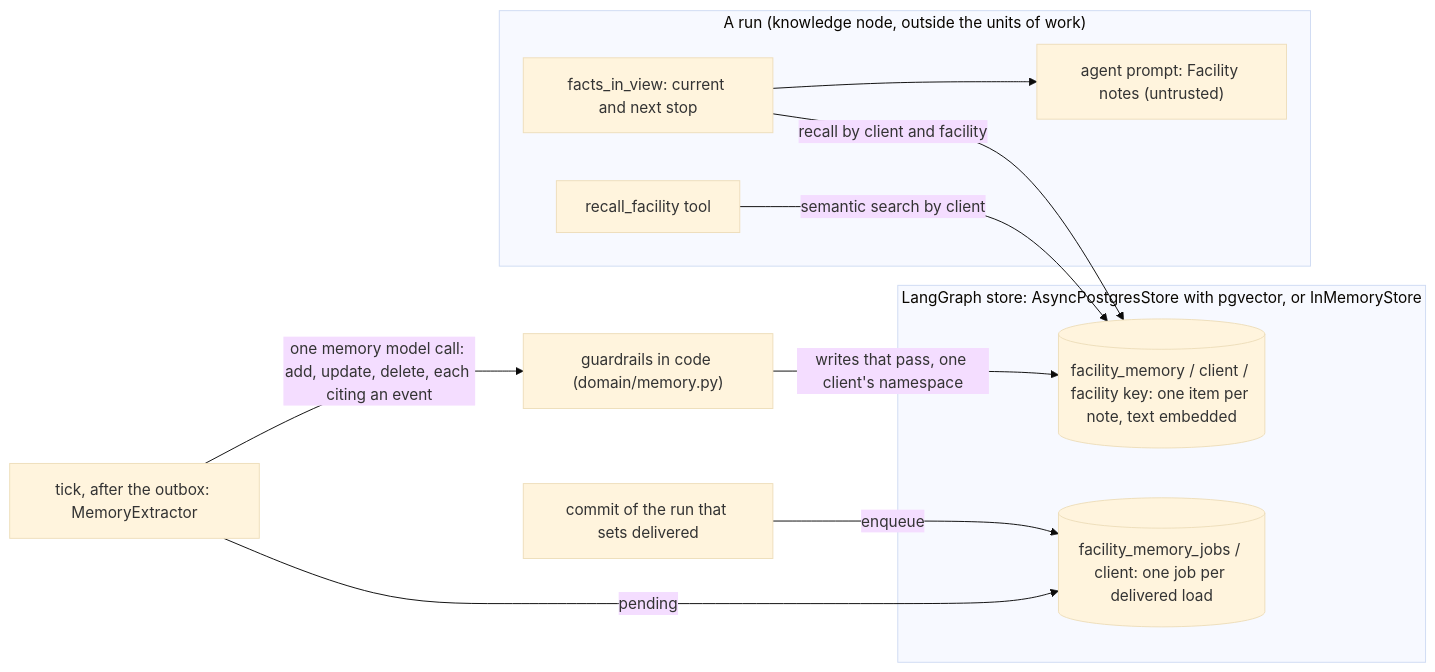
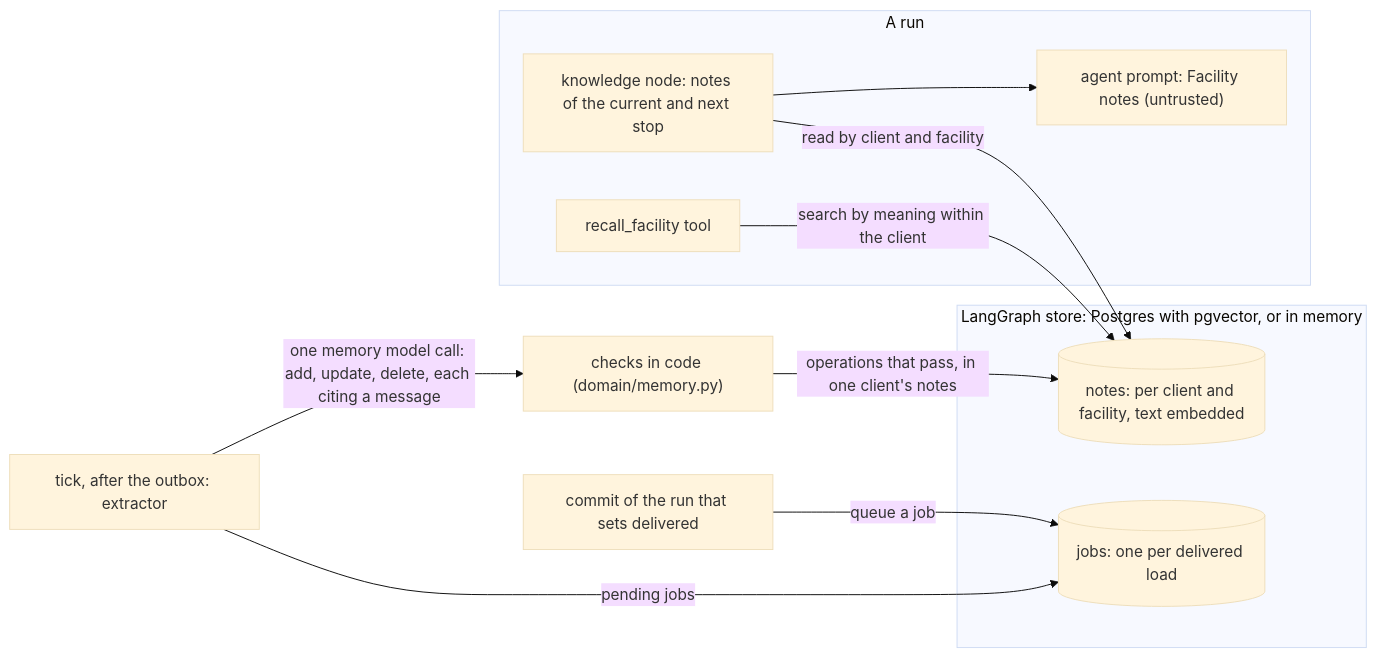
The sixth of 11 diagrams in docs/architecture.md (pedrocwb/freight-hero-assessment), drawn with Mermaid (base theme) before and after one commit. The commit also changed other lines of this file and 1 other file, not shown here.

First line of the commit message:
Rewrite the answers and the architecture in plain language

````diff
--- a/docs/architecture.md
+++ b/docs/architecture.md
@@ -232,17 +250,17 @@
 ```mermaid
 flowchart LR
-  subgraph run["A run (knowledge node, outside the units of work)"]
-    K["facts_in_view: current and next stop"] --> P["agent prompt: Facility notes (untrusted)"]
+  subgraph run["A run"]
+    K["knowledge node: notes of the current and next stop"] --> P["agent prompt: Facility notes (untrusted)"]
     T["recall_facility tool"]
   end
-  subgraph store["LangGraph store: AsyncPostgresStore with pgvector, or InMemoryStore"]
-    N[("facility_memory / client / facility key: one item per note, text embedded")]
-    J[("facility_memory_jobs / client: one job per delivered load")]
+  subgraph store["LangGraph store: Postgres with pgvector, or in memory"]
+    N[("notes: per client and facility, text embedded")]
+    J[("jobs: one per delivered load")]
   end
-  C["commit of the run that sets delivered"] -->|enqueue| J
-  X["tick, after the outbox: MemoryExtractor"] -->|pending| J
-  X -->|"one memory model call: add, update, delete, each citing an event"| G["guardrails in code (domain/memory.py)"]
-  G -->|"writes that pass, one client's namespace"| N
-  K -->|recall by client and facility| N
-  T -->|semantic search by client| N
+  C["commit of the run that sets delivered"] -->|queue a job| J
+  X["tick, after the outbox: extractor"] -->|pending jobs| J
+  X -->|"one memory model call: add, update, delete, each citing a message"| G["checks in code (domain/memory.py)"]
+  G -->|"operations that pass, in one client's notes"| N
+  K -->|read by client and facility| N
+  T -->|search by meaning within the client| N
 ```
````
